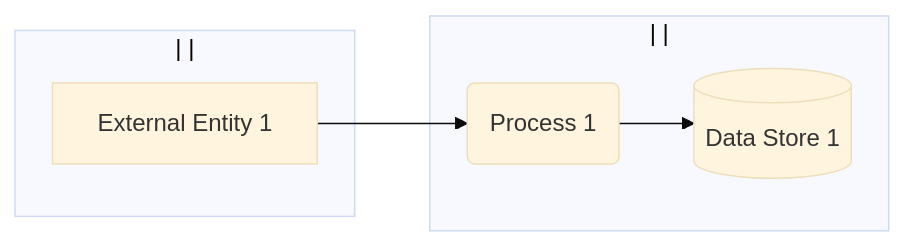
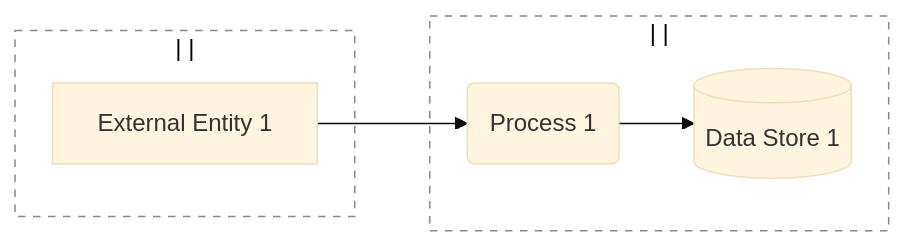
The first of 2 diagrams in assets/threat-model-template.md (tmart234/threat-model-claude-skill), drawn with Mermaid (base theme) before and after one commit. The commit also changed other lines of this file and 14 other files, not shown here.

````diff
--- a/assets/threat-model-template.md
+++ b/assets/threat-model-template.md
@@ -66,14 +68,17 @@
 ```mermaid
 flowchart LR
     subgraph ZoneA["<owner> | <env-type> | <trust>"]
         P1(Process 1)
         DS1[(Data Store 1)]
     end
 
     subgraph ZoneB["<owner> | <env-type> | <trust>"]
         EE1[External Entity 1]
     end
 
     EE1 -- "<protocol + auth>" --> P1
     P1 -- "<protocol + auth>" --> DS1
+
+    classDef tb fill:none,stroke:#888,stroke-dasharray: 5 5
+    class ZoneA,ZoneB tb
 ```
````
